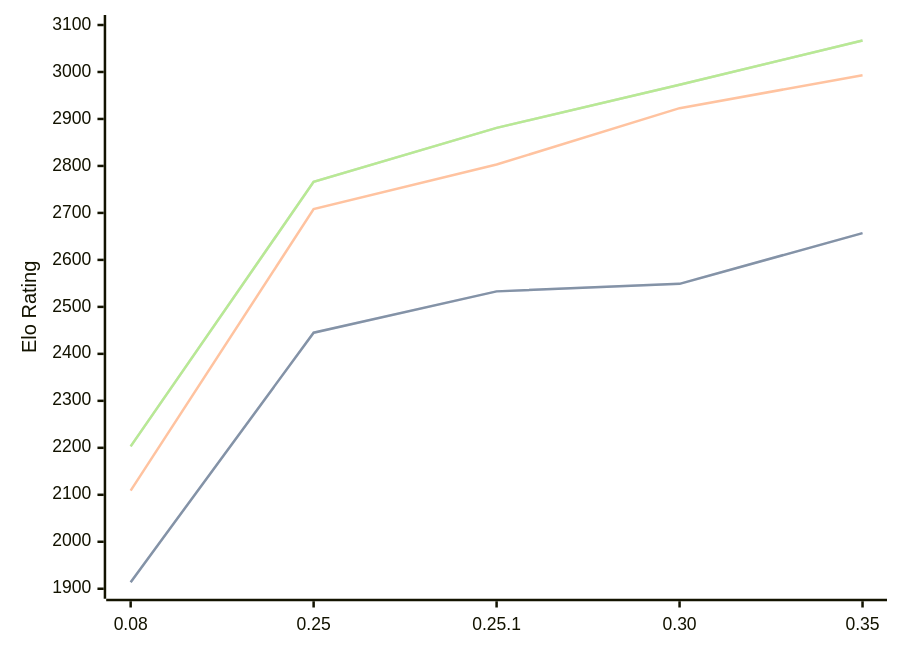
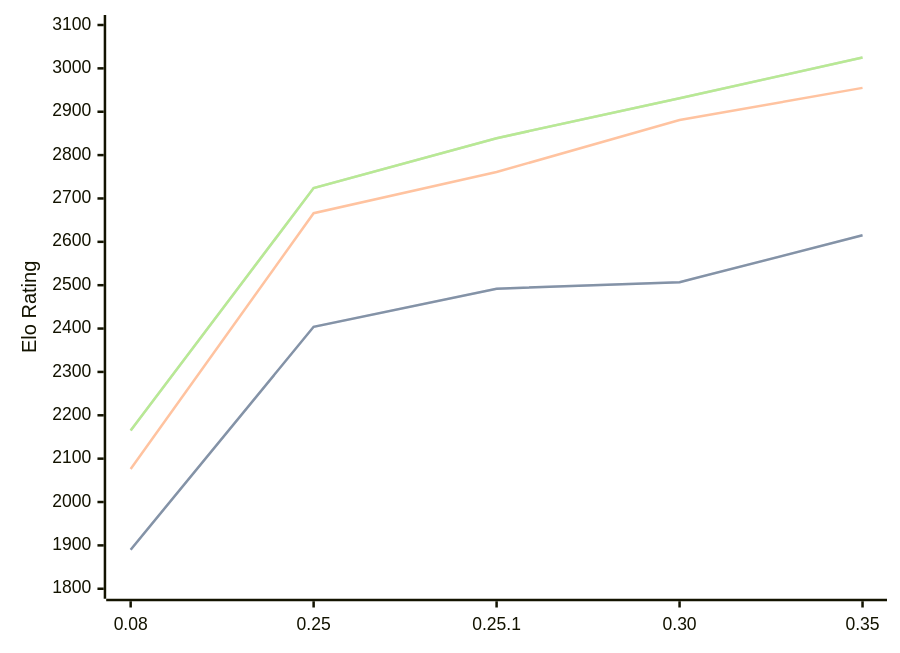
One commit to computer-chess-index/cci changed the diagram in engines/Gecko.md. Above: the diagram before and after it, drawn with Mermaid. The commit also changed other lines of this file, not shown here.

Commit message:
Update CCI Ratings (ELO VLTC) - 2026-05-19

````diff
--- a/engines/Gecko.md
+++ b/engines/Gecko.md
@@ -35,11 +35,11 @@
 ```mermaid
 %%{init: {"theme":"base","themeVariables":{"seriesColors:['#a3a3a3','#222221','#faa371']}}}%%
 xychart-beta
   x-axis ["0.08", "0.25", "0.25.1", "0.30", "0.35"]
-  y-axis "Elo Rating" 1900 --> 3100
-  line "STC (8.0+0.08s)" [1914, 2445, 2533, 2549, 2657]
-  line "STC (8.0+0.08s)" [1914, 2445, 2533, 2549, 2657]
-  line "LTC (60.0+0.60s)" [2109, 2708, 2803, 2923, 2993]
-  line "VLTC (2m24s+1.12s)" [2203, 2766, 2881, 2973, 3067]
-  line "VLTC (2m24s+1.12s)" [2203, 2766, 2881, 2973, 3067]
+  y-axis "Elo Rating" 1800 --> 3100
+  line "STC (8.0+0.08s)" [1890, 2404, 2492, 2507, 2615]
+  line "STC (8.0+0.08s)" [1890, 2404, 2492, 2507, 2615]
+  line "LTC (60.0+0.60s)" [2076, 2666, 2761, 2881, 2955]
+  line "VLTC (2m24s+1.12s)" [2165, 2724, 2839, 2931, 3025]
+  line "VLTC (2m24s+1.12s)" [2165, 2724, 2839, 2931, 3025]
 ```
````
